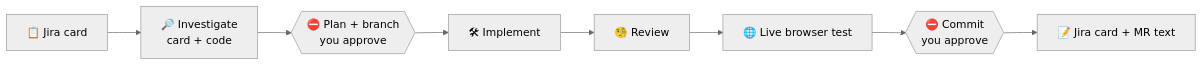
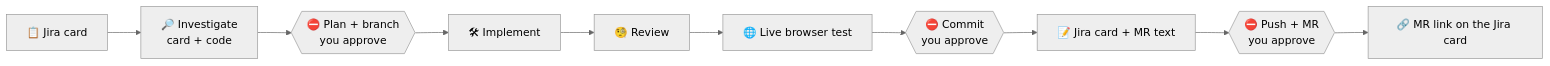
Before and after one commit to Pooyamilani/sam-workflow: the diagram in README.md, drawn with Mermaid (neutral theme). The commit also changed other lines of this file and 5 other files, not shown here.

First line of the commit message:
feat: phase 8 - push, create GitLab merge request, link it on the Jira card (#1)

````diff
--- a/README.md
+++ b/README.md
@@ -20,10 +20,12 @@
 ```mermaid
 flowchart LR
     A["📋 Jira card"] --> B["🔎 Investigate<br/>card + code"]
     B --> C{{"⛔ Plan + branch<br/>you approve"}}
     C --> D["🛠 Implement"]
     D --> E["🧐 Review"]
     E --> F["🌐 Live browser test"]
     F --> G{{"⛔ Commit<br/>you approve"}}
     G --> H["📝 Jira card + MR text"]
+    H --> I{{"⛔ Push + MR<br/>you approve"}}
+    I --> J["🔗 MR link on the Jira card"]
 ```
````
